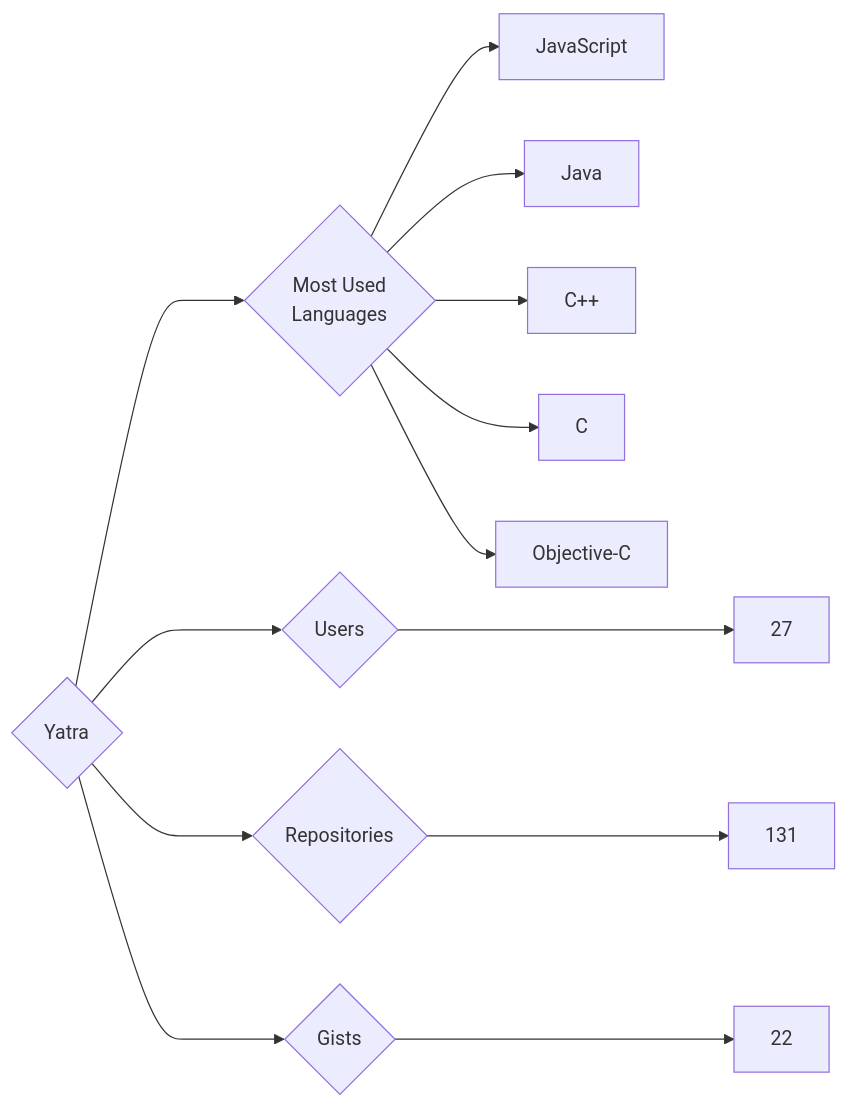
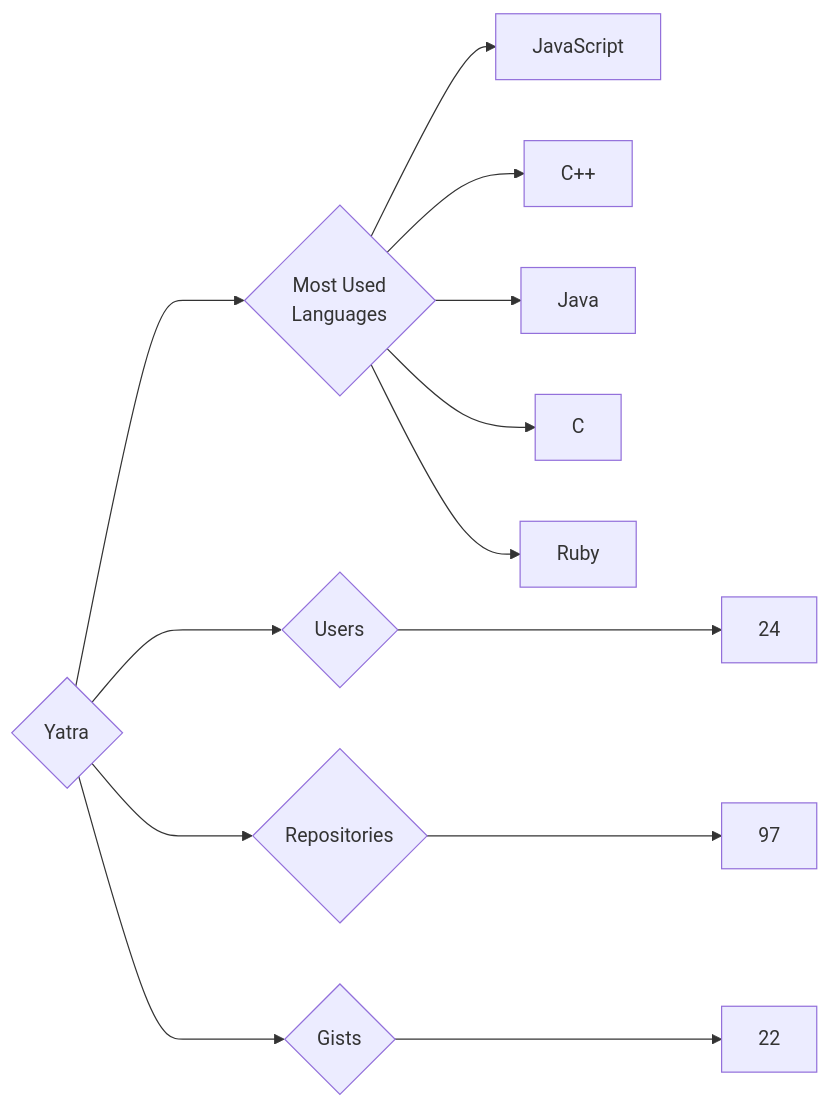
One commit to trickest/insiders changed the diagram in targets/Yatra/README.md. Above: the diagram before and after it, drawn with Mermaid. The commit also changed 823 other files, not shown here.

````diff
--- a/targets/Yatra/README.md
+++ b/targets/Yatra/README.md
@@ -3,13 +3,13 @@
 ```mermaid
 graph LR
 COMPANY_NAME{Yatra}
-COMPANY_NAME ---> U{Users} ---> UN[27]
-COMPANY_NAME ---> R{Repositories} ---> RN[131]
+COMPANY_NAME ---> U{Users} ---> UN[24]
+COMPANY_NAME ---> R{Repositories} ---> RN[97]
 COMPANY_NAME ---> G{Gists} ---> GN[22]
 COMPANY_NAME ---> ML{Most Used<br>Languages}
 ML --> JavaScript[JavaScript]
+ML --> C++[C++]
 ML --> Java[Java]
-ML --> C++[C++]
 ML --> C[C]
-ML --> Objective-C[Objective-C]
+ML --> Ruby[Ruby]
 ```
````
